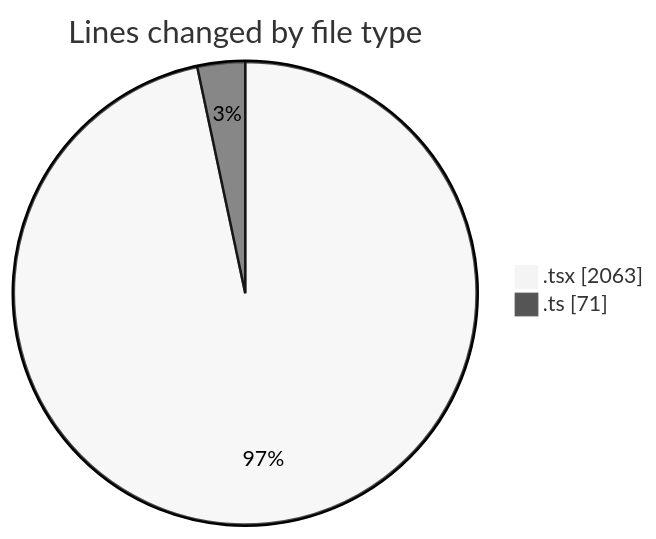
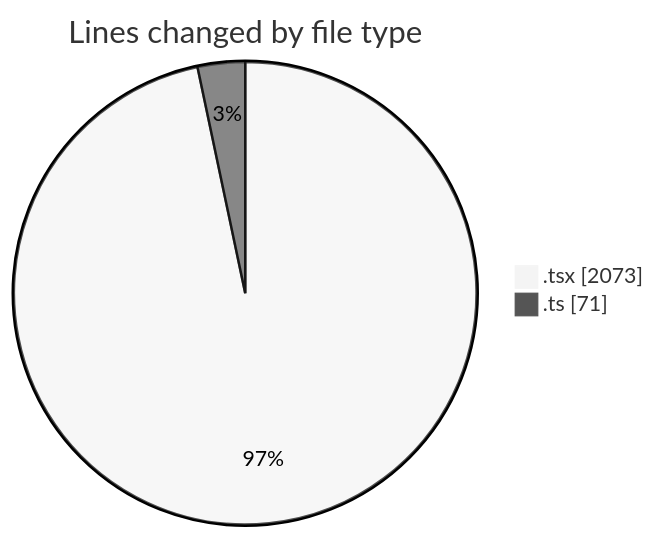
The first of 2 diagrams in 2025-02-11/cda/README.md (momahboobian/code-tracking), drawn with Mermaid (neutral theme) before and after one commit. The commit also changed other lines of this file and 1 other file, not shown here.

````diff
--- a/2025-02-11/cda/README.md
+++ b/2025-02-11/cda/README.md
@@ -23,6 +23,6 @@
 ```mermaid
 pie showData
 title Lines changed by file type
-".tsx" : 2063
+".tsx" : 2073
 ".ts" : 71
 ```
````
